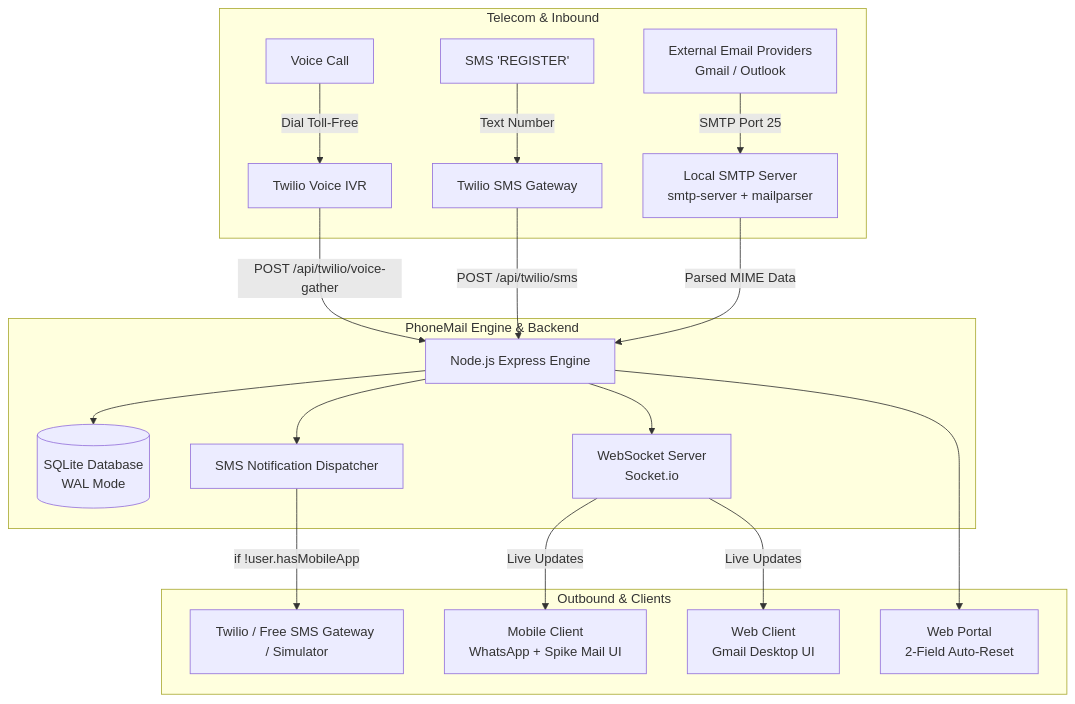
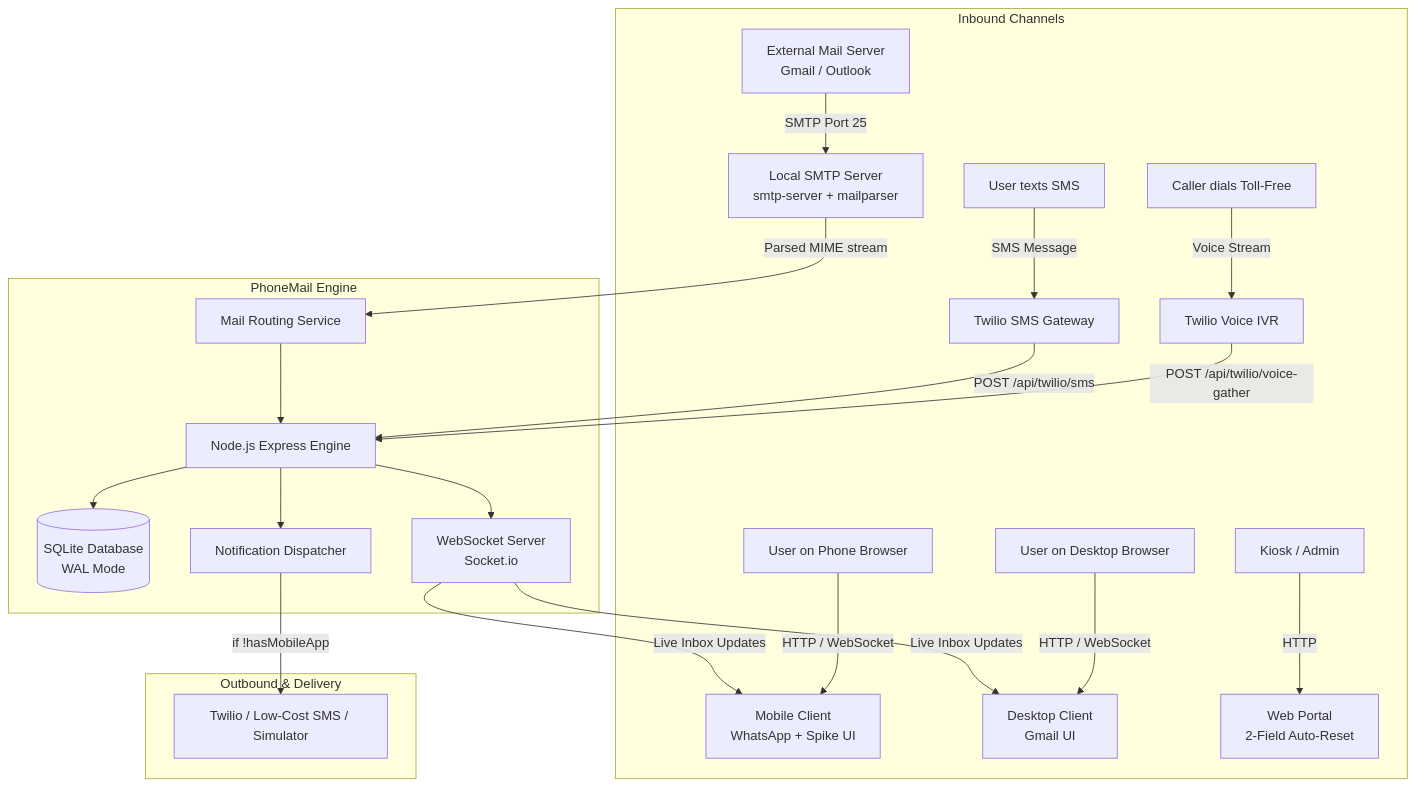
Before and after one commit to soumith-64/AlphaStack: the first of 3 diagrams in README.md, drawn with Mermaid. The commit also changed other lines of this file, not shown here.

Commit message:
docs: enrich README with complete architecture diagrams, sequence flows, API specs, and judge simulator guide

````diff
--- a/README.md
+++ b/README.md
@@ -38,24 +74,28 @@
 ```mermaid
-flowchart TD
-    subgraph Telecom & Inbound
-        Call[Voice Call] -->|Dial Toll-Free| TwilioVoice[Twilio Voice IVR]
-        SMSIn[SMS 'REGISTER'] -->|Text Number| TwilioSMS[Twilio SMS Gateway]
-        ExtMail[External Email Providers<br/>Gmail / Outlook] -->|SMTP Port 25| SMTPServer[Local SMTP Server<br/>smtp-server + mailparser]
+graph TD
+    subgraph Inbound Channels
+        A1[Caller dials Toll-Free] -->|Voice Stream| T1[Twilio Voice IVR]
+        A2[User texts SMS] -->|SMS Message| T2[Twilio SMS Gateway]
+        A3[External Mail Server<br/>Gmail / Outlook] -->|SMTP Port 25| S1[Local SMTP Server<br/>smtp-server + mailparser]
+        A4[User on Phone Browser] -->|HTTP / WebSocket| W1[Mobile Client<br/>WhatsApp + Spike UI]
+        A5[User on Desktop Browser] -->|HTTP / WebSocket| W2[Desktop Client<br/>Gmail UI]
+        A6[Kiosk / Admin] -->|HTTP| W3[Web Portal<br/>2-Field Auto-Reset]
     end
 
-    subgraph PhoneMail Engine & Backend
-        TwilioVoice -->|POST /api/twilio/voice-gather| API[Node.js Express Engine]
-        TwilioSMS -->|POST /api/twilio/sms| API
-        SMTPServer -->|Parsed MIME Data| API
+    subgraph PhoneMail Engine
+        T1 -->|POST /api/twilio/voice-gather| API[Node.js Express Engine]
+        T2 -->|POST /api/twilio/sms| API
+        S1 -->|Parsed MIME stream| MAIL_SVC[Mail Routing Service]
+        MAIL_SVC --> API
+
         API --> DB[(SQLite Database<br/>WAL Mode)]
-        API --> NotifEngine[SMS Notification Dispatcher]
+        API --> NOTIF[Notification Dispatcher]
         API --> WS[WebSocket Server<br/>Socket.io]
     end
 
-    subgraph Outbound & Clients
-        NotifEngine -->|if !user.hasMobileApp| SMSOut[Twilio / Free SMS Gateway / Simulator]
-        WS -->|Live Updates| MobileUI[Mobile Client<br/>WhatsApp + Spike Mail UI]
-        WS -->|Live Updates| WebUI[Web Client<br/>Gmail Desktop UI]
-        API --> Portal[Web Portal<br/>2-Field Auto-Reset]
+    subgraph Outbound & Delivery
+        NOTIF -->|if !hasMobileApp| SMS_OUT[Twilio / Low-Cost SMS / Simulator]
+        WS -->|Live Inbox Updates| W1
+        WS -->|Live Inbox Updates| W2
     end
 ```
````
